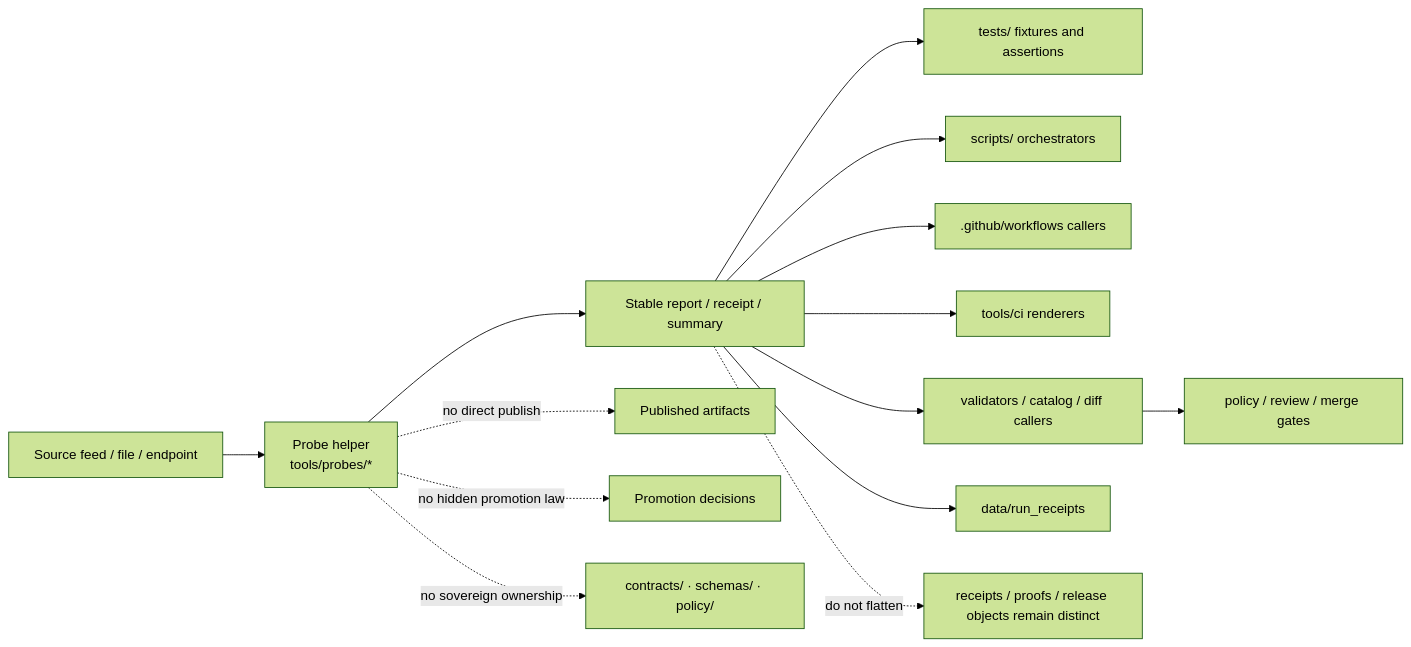
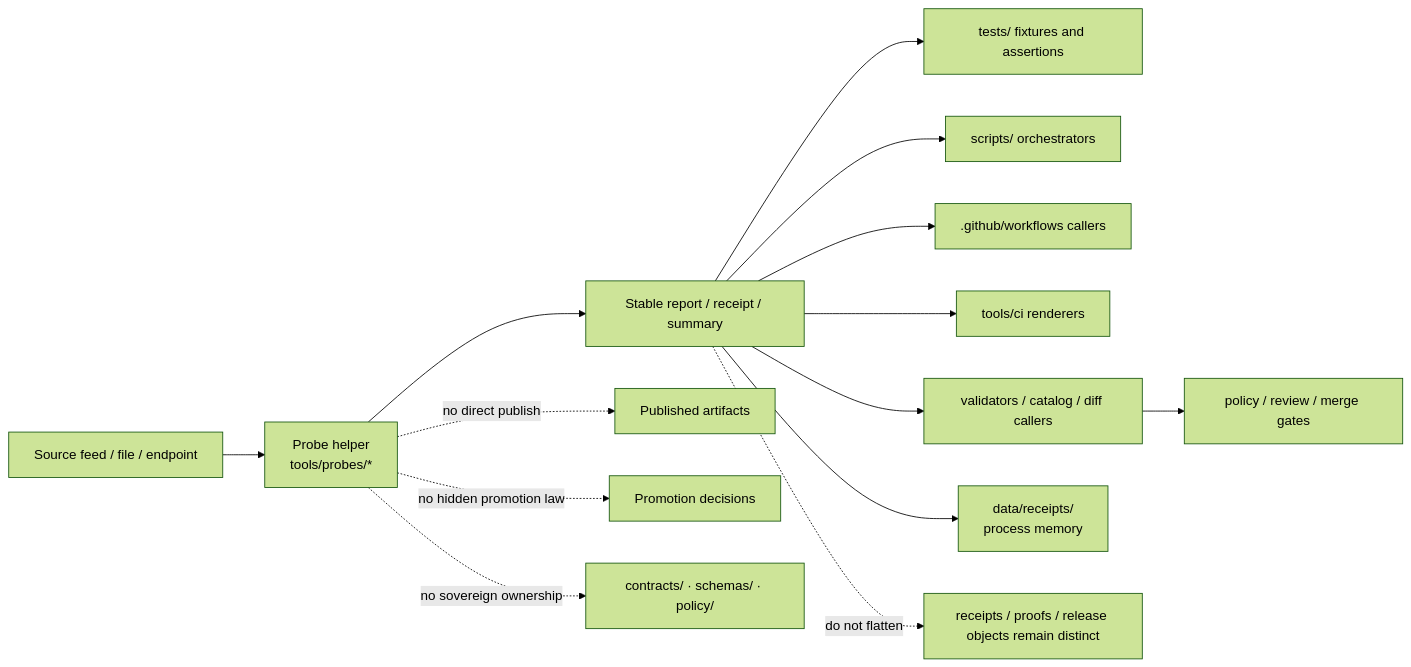
Before and after one commit to bartytime4life/Kansas-Frontier-Matrix: the diagram in tools/probes/README.md, drawn with Mermaid (forest theme). The commit also changed other lines of this file, not shown here.

````diff
--- a/tools/probes/README.md
+++ b/tools/probes/README.md
@@ -489,18 +504,18 @@
 ```mermaid
 flowchart LR
     A[Source feed / file / endpoint] --> B[Probe helper<br/>tools/probes/*]
     B --> C[Stable report / receipt / summary]
     C --> D[tests/ fixtures and assertions]
     C --> E[scripts/ orchestrators]
     C --> F[.github/workflows callers]
     C --> G[tools/ci renderers]
     C --> H[validators / catalog / diff callers]
-    C --> I[data/run_receipts]
+    C --> I[data/receipts/<br/>process memory]
 
     H --> J[policy / review / merge gates]
 
     B -. no direct publish .-> K[Published artifacts]
     B -. no hidden promotion law .-> L[Promotion decisions]
     B -. no sovereign ownership .-> M[contracts/ · schemas/ · policy/]
     C -. do not flatten .-> N[receipts / proofs / release objects remain distinct]
 ```
````
